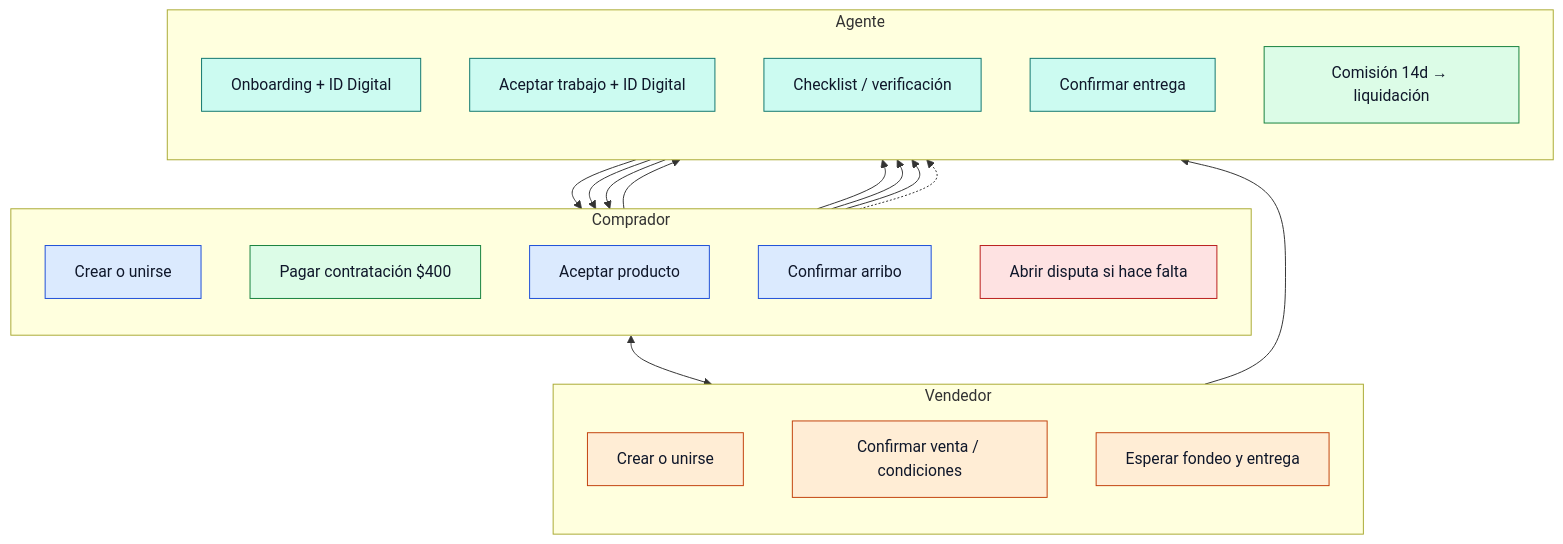
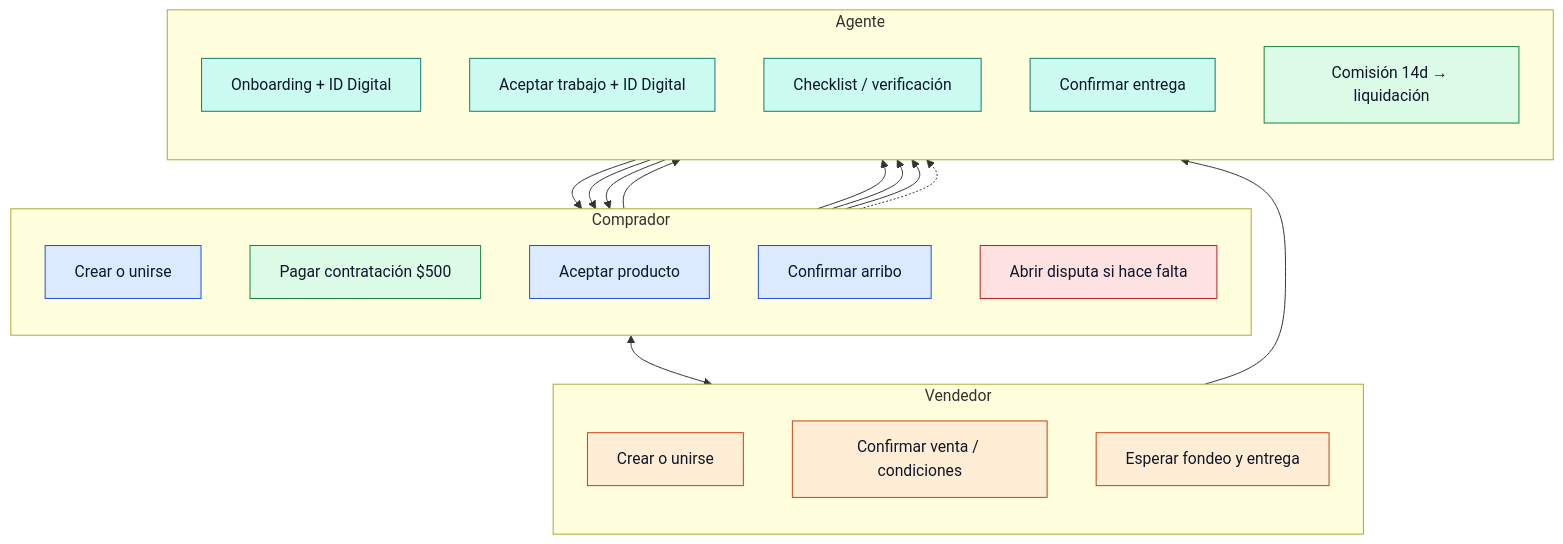
One commit to clissic/confiapp changed the eighth of 8 diagrams in docs/OPERATION_FLOWS.md. Above: the diagram before and after it, drawn with Mermaid. The commit also changed other lines of this file and 21 other files, not shown here.

````diff
--- a/docs/OPERATION_FLOWS.md
+++ b/docs/OPERATION_FLOWS.md
@@ -395,44 +395,44 @@
 ```mermaid
 flowchart TB
   subgraph Comprador
     direction TB
     c1[Crear o unirse]:::buyer
-    c2[Pagar contratación $400]:::pay
+    c2[Pagar contratación $500]:::pay
     c3[Aceptar producto]:::buyer
     c4[Confirmar arribo]:::buyer
     c5[Abrir disputa si hace falta]:::dispute
   end
 
   subgraph Vendedor
     direction TB
     s1[Crear o unirse]:::seller
     s2[Confirmar venta / condiciones]:::seller
     s3[Esperar fondeo y entrega]:::seller
   end
 
   subgraph Agente
     direction TB
     a1[Onboarding + ID Digital]:::agent
     a2[Aceptar trabajo + ID Digital]:::agent
     a3[Checklist / verificación]:::agent
     a4[Confirmar entrega]:::agent
     a5[Comisión 14d → liquidación]:::pay
   end
 
   c1 <--> s1
   c1 --> a2
   s1 --> a2
   a2 --> c2
   c2 --> a3
   a3 --> c3
   c3 --> a4
   a4 --> c4
   c4 --> a5
   c5 -.-> a5
 
   classDef buyer fill:#dbeafe,stroke:#1d4ed8,color:#0f172a
   classDef seller fill:#ffedd5,stroke:#c2410c,color:#0f172a
   classDef agent fill:#ccfbf1,stroke:#0f766e,color:#0f172a
   classDef pay fill:#dcfce7,stroke:#15803d,color:#0f172a
   classDef dispute fill:#fee2e2,stroke:#b91c1c,color:#0f172a
 ```
````
